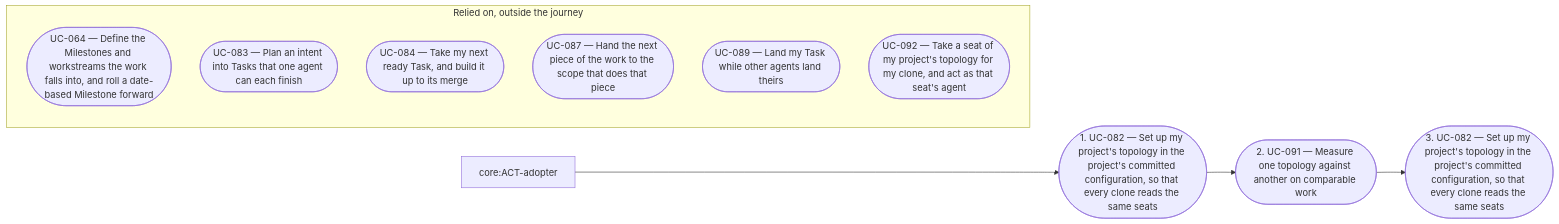
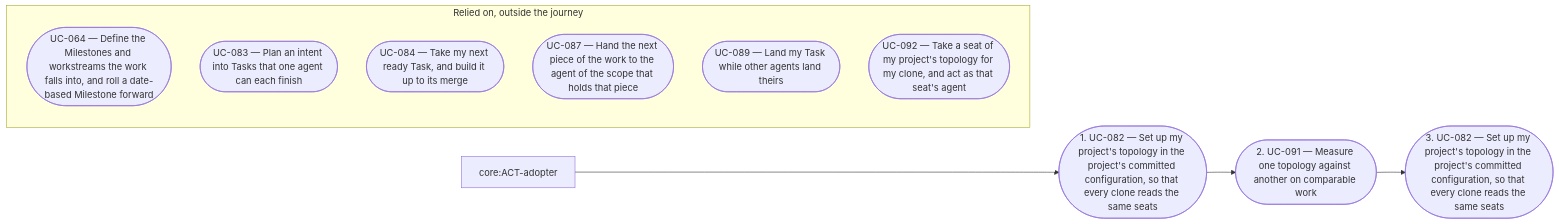
The first of 3 diagrams in tech-docs/analysis/project-management/overview/README.md (aleskalfas/project-kit), drawn with Mermaid before and after one commit. The commit also changed other lines of this file and 29 other files, not shown here.

````diff
--- a/tech-docs/analysis/project-management/overview/README.md
+++ b/tech-docs/analysis/project-management/overview/README.md
@@ -159,20 +160,20 @@
 ```mermaid
 flowchart LR
   accTitle: JRN-004 — Set up the topology my project runs, and adjust the topology on what I measure
   accDescr: The flow of JRN-004: core:ACT-adopter takes 3 steps in order, UC-082, UC-091, UC-082. It relies on 6 use cases outside the journey, drawn apart with no arrow.
   core_ACT_adopter["core:ACT-adopter"]
   step_1(["1. UC-082 — Set up my project's topology in the project's committed configuration, so that every clone reads the same seats"])
   step_2(["2. UC-091 — Measure one topology against another on comparable work"])
   step_3(["3. UC-082 — Set up my project's topology in the project's committed configuration, so that every clone reads the same seats"])
   subgraph relies_on["Relied on, outside the journey"]
     UC_064(["UC-064 — Define the Milestones and workstreams the work falls into, and roll a date-based Milestone forward"])
     UC_083(["UC-083 — Plan an intent into Tasks that one agent can each finish"])
     UC_084(["UC-084 — Take my next ready Task, and build it up to its merge"])
-    UC_087(["UC-087 — Hand the next piece of the work to the scope that does that piece"])
+    UC_087(["UC-087 — Hand the next piece of the work to the agent of the scope that holds that piece"])
     UC_089(["UC-089 — Land my Task while other agents land theirs"])
     UC_092(["UC-092 — Take a seat of my project's topology for my clone, and act as that seat's agent"])
   end
   core_ACT_adopter --> step_1
   step_1 --> step_2
   step_2 --> step_3
 ```
````
